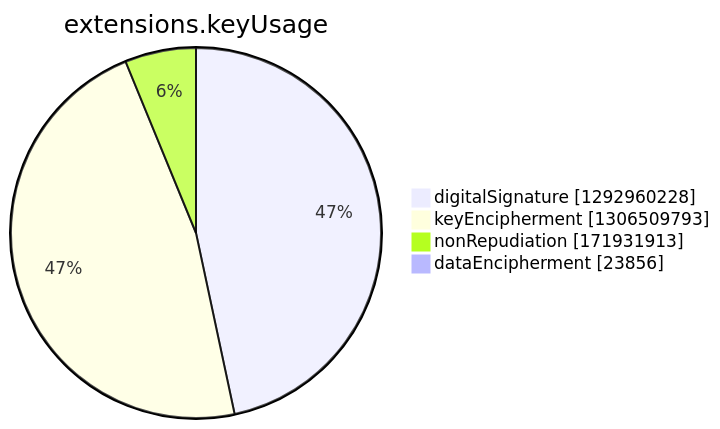
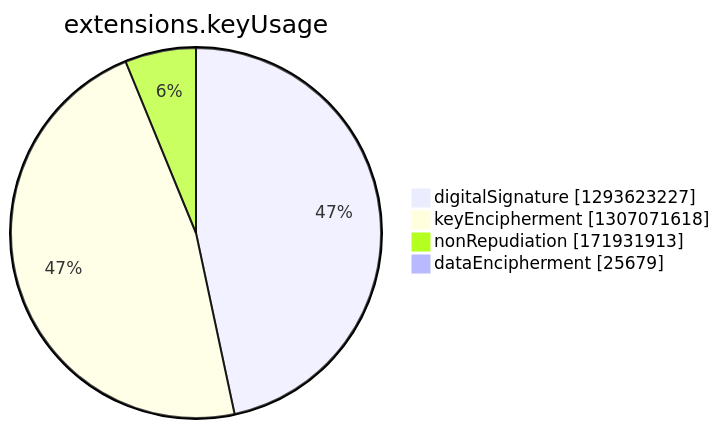
Before and after one commit to christiankrug/ctmonitor_visualization: the seventh of 15 diagrams in argon2022/README.md, drawn with Mermaid. The commit also changed other lines of this file, not shown here.

````diff
--- a/argon2022/README.md
+++ b/argon2022/README.md
@@ -2749,8 +2749,8 @@
 ```mermaid
 pie showData
 title extensions.keyUsage
-"digitalSignature" :1292960228
-"keyEncipherment" :1306509793
+"digitalSignature" :1293623227
+"keyEncipherment" :1307071618
 "nonRepudiation" :171931913
-"dataEncipherment" :23856
+"dataEncipherment" :25679
 ```
````
